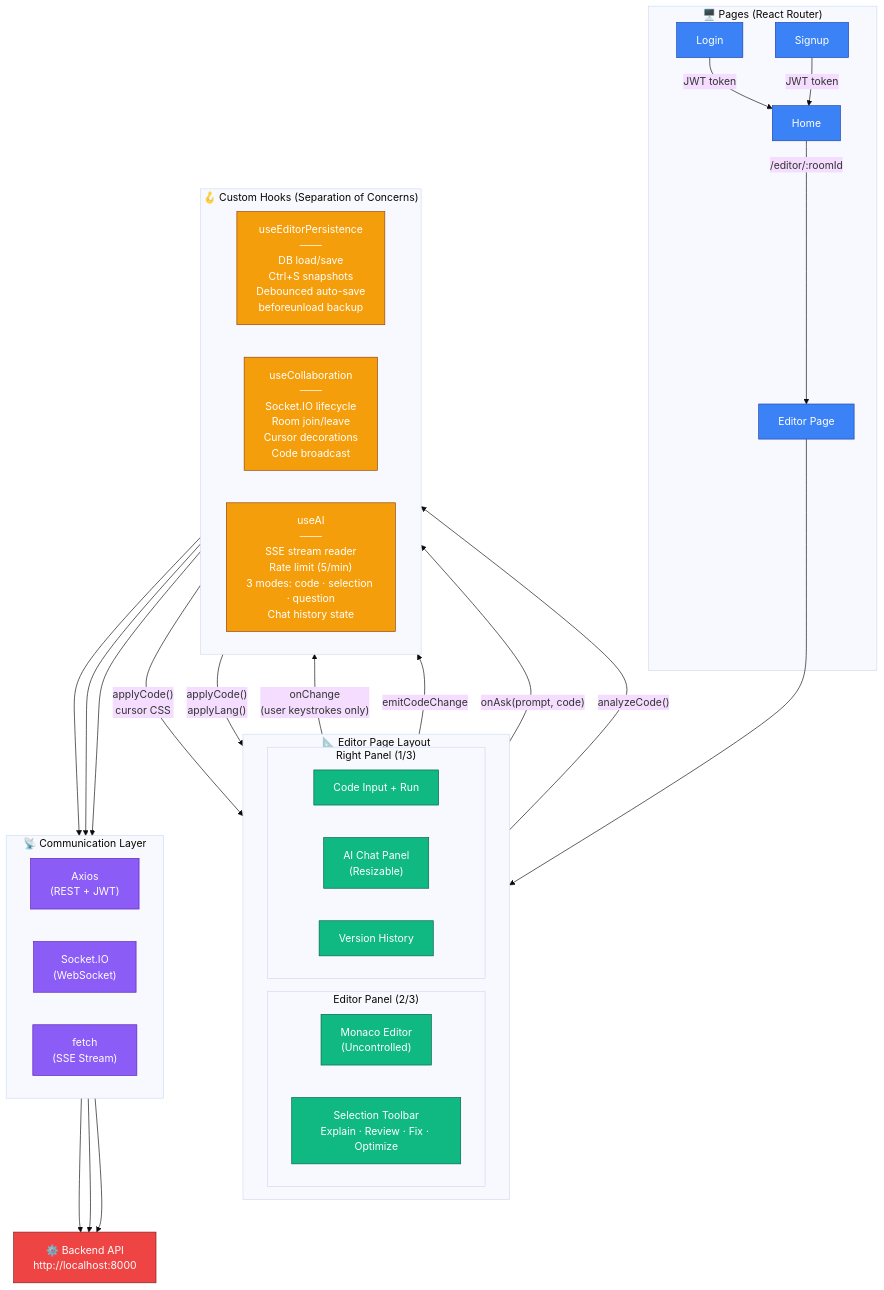
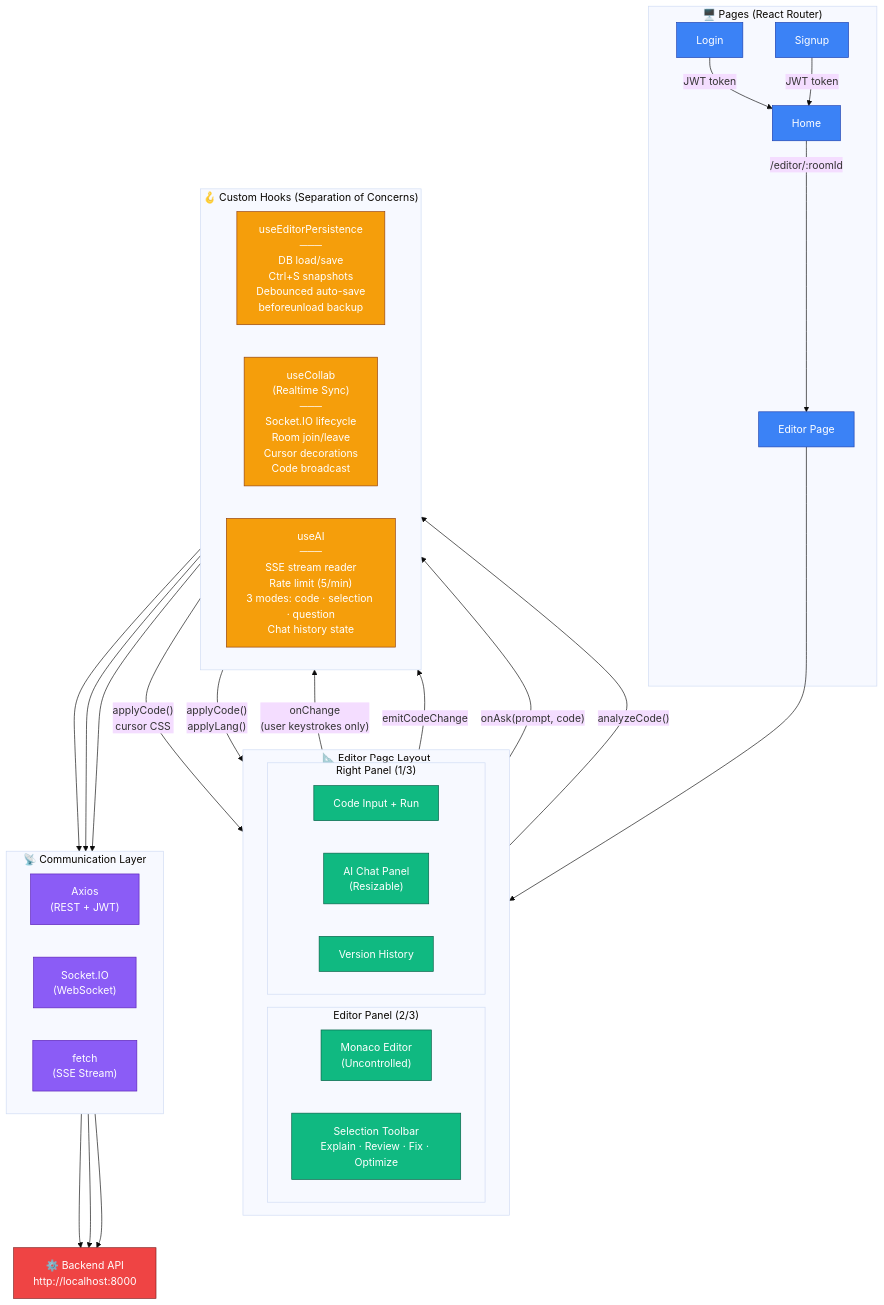
Before and after one commit to rah7202/smart-code-lab: the diagram in frontend/README.md, drawn with Mermaid.

Commit message:
fix: Readme file updated

````diff
--- a/frontend/README.md
+++ b/frontend/README.md
@@ -64,77 +64,77 @@
 ```mermaid
 %%{init: {'theme': 'base'}}%%
 flowchart TB
 
     subgraph Pages["🖥️ Pages (React Router)"]
         Login["Login"]
         Signup["Signup"]
         Home["Home"]
         Editor["Editor Page"]
     end
 
     Login & Signup -->|"JWT token"| Home
     Home -->|"/editor/:roomId"| Editor
 
     subgraph EditorLayout["📐 Editor Page Layout"]
         direction LR
 
         subgraph Left["Editor Panel (2/3)"]
             Monaco["Monaco Editor\n(Uncontrolled)"]
             Toolbar["Selection Toolbar\nExplain · Review · Fix · Optimize"]
         end
 
         subgraph Right["Right Panel (1/3)"]
             Input["Code Input + Run"]
             AI["AI Chat Panel\n(Resizable)"]
             Versions["Version History"]
         end
     end
 
     Editor --> EditorLayout
 
     subgraph Hooks["🪝 Custom Hooks (Separation of Concerns)"]
         direction LR
         usePersist["useEditorPersistence\n───\nDB load/save\nCtrl+S snapshots\nDebounced auto-save\nbeforeunload backup"]
 
-        useCollab["useCollaboration\n───\nSocket.IO lifecycle\nRoom join/leave\nCursor decorations\nCode broadcast"]
+        useCollab["useCollab\n(Realtime Sync)\n───\nSocket.IO lifecycle\nRoom join/leave\nCursor decorations\nCode broadcast"]
 
         useAI["useAI\n───\nSSE stream reader\nRate limit (5/min)\n3 modes: code · selection · question\nChat history state"]
     end
 
     Monaco -->|"onChange\n(user keystrokes only)"| usePersist
     Monaco -->|"emitCodeChange"| useCollab
     Toolbar -->|"onAsk(prompt, code)"| useAI
     Input -->|"analyzeCode()"| useAI
 
     useCollab -->|"applyCode()\ncursor CSS"| Monaco
     usePersist -->|"applyCode()\napplyLang()"| Monaco
 
     subgraph Transport["📡 Communication Layer"]
         direction LR
         Axios["Axios\n(REST + JWT)"]
         Socket["Socket.IO\n(WebSocket)"]
         SSE["fetch\n(SSE Stream)"]
     end
 
     usePersist --> Axios
     useCollab --> Socket
     useAI --> SSE
 
     Backend["⚙️ Backend API\nhttp://localhost:8000"]
 
     Axios & Socket & SSE --> Backend
 
     %% 🎨 CLASS DEFINITIONS
     classDef pages fill:#3b82f6,stroke:#1e40af,color:#fff
     classDef layout fill:#10b981,stroke:#065f46,color:#fff
     classDef hooks fill:#f59e0b,stroke:#92400e,color:#fff
     classDef transport fill:#8b5cf6,stroke:#5b21b6,color:#fff
     classDef backend fill:#ef4444,stroke:#7f1d1d,color:#fff
 
     %% 🎯 APPLY CLASSES
     class Login,Signup,Home,Editor pages
     class Monaco,Toolbar,Input,AI,Versions layout
     class usePersist,useCollab,useAI hooks
     class Axios,Socket,SSE transport
     class Backend backend
 ```
````
